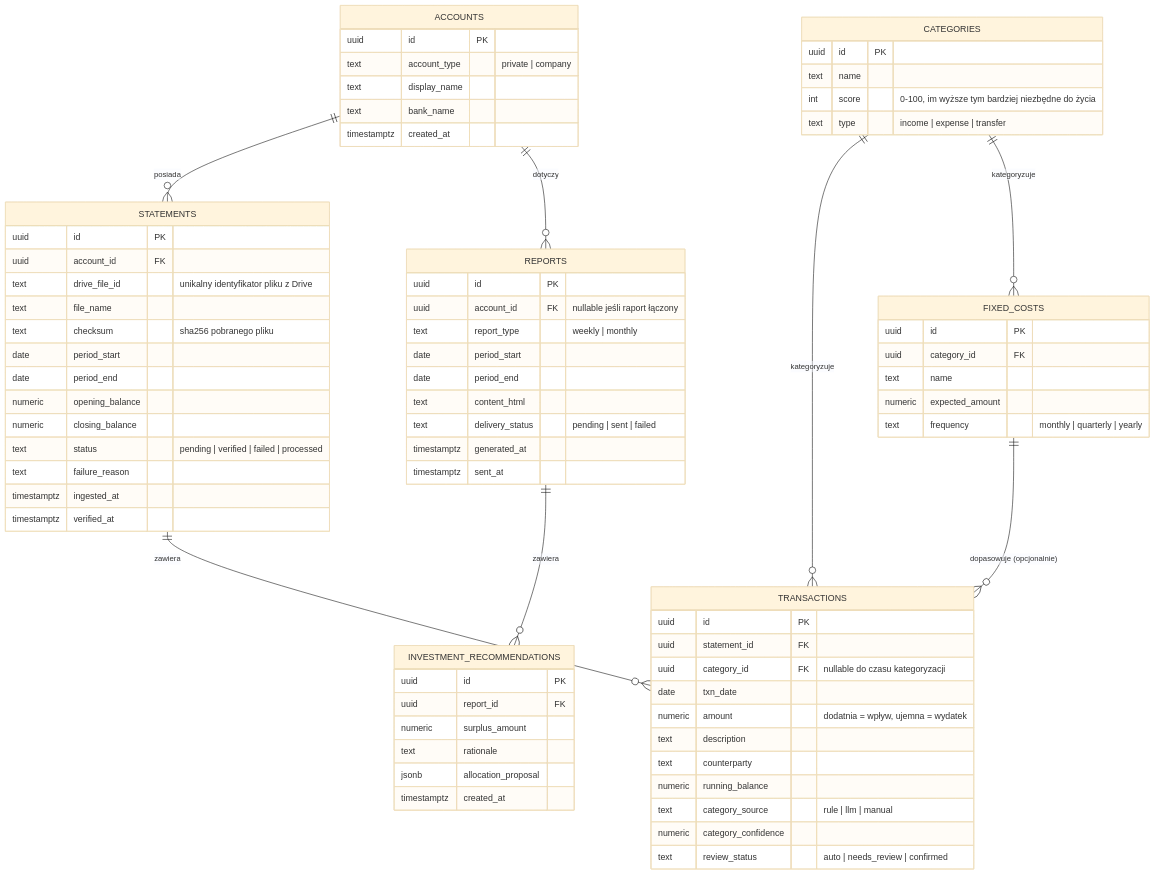
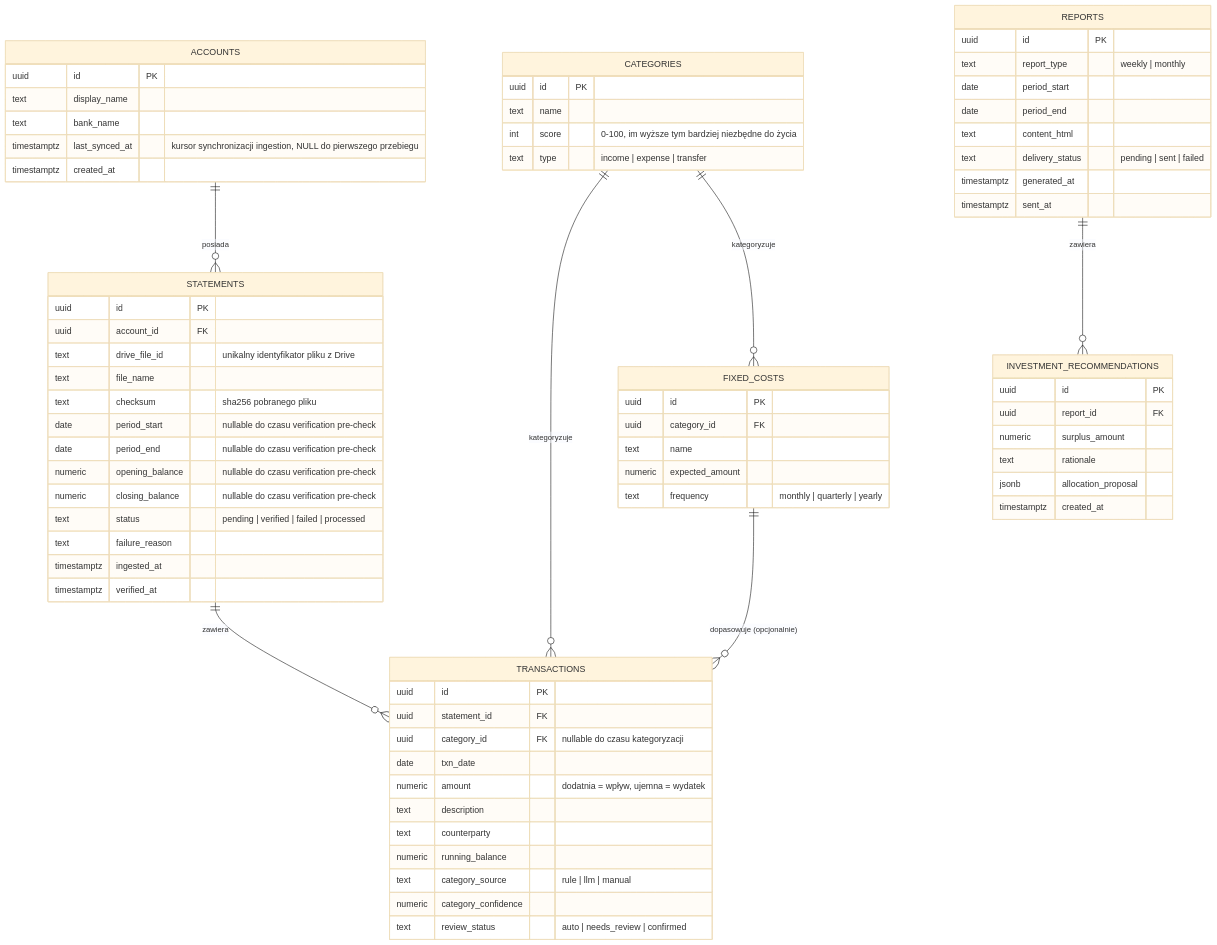
Before and after one commit to jakubwilk/ai-finance-agent: the diagram in docs/01-spec-data-model.md, drawn with Mermaid (base theme). The commit also changed other lines of this file and 10 other files, not shown here.

Commit message:
feat: update documentation across multiple specs to clarify account handling, data storage, and ingestion processes

```diff
--- a/docs/01-spec-data-model.md
+++ b/docs/01-spec-data-model.md
@@ -35,14 +35,13 @@
     CATEGORIES ||--o{ TRANSACTIONS : "kategoryzuje"
     CATEGORIES ||--o{ FIXED_COSTS : "kategoryzuje"
     FIXED_COSTS ||--o{ TRANSACTIONS : "dopasowuje (opcjonalnie)"
-    ACCOUNTS ||--o{ REPORTS : "dotyczy"
     REPORTS ||--o{ INVESTMENT_RECOMMENDATIONS : "zawiera"
 
     ACCOUNTS {
         uuid id PK
-        text account_type "private | company"
         text display_name
         text bank_name
+        timestamptz last_synced_at "kursor synchronizacji ingestion, NULL do pierwszego przebiegu"
         timestamptz created_at
     }
 
@@ -52,10 +51,10 @@
         text drive_file_id "unikalny identyfikator pliku z Drive"
         text file_name
         text checksum "sha256 pobranego pliku"
-        date period_start
-        date period_end
-        numeric opening_balance
-        numeric closing_balance
+        date period_start "nullable do czasu verification pre-check"
+        date period_end "nullable do czasu verification pre-check"
+        numeric opening_balance "nullable do czasu verification pre-check"
+        numeric closing_balance "nullable do czasu verification pre-check"
         text status "pending | verified | failed | processed"
         text failure_reason
         timestamptz ingested_at
@@ -93,7 +92,6 @@
 
     REPORTS {
         uuid id PK
-        uuid account_id FK "nullable jeśli raport łączony"
         text report_type "weekly | monthly"
         date period_start
         date period_end
```
